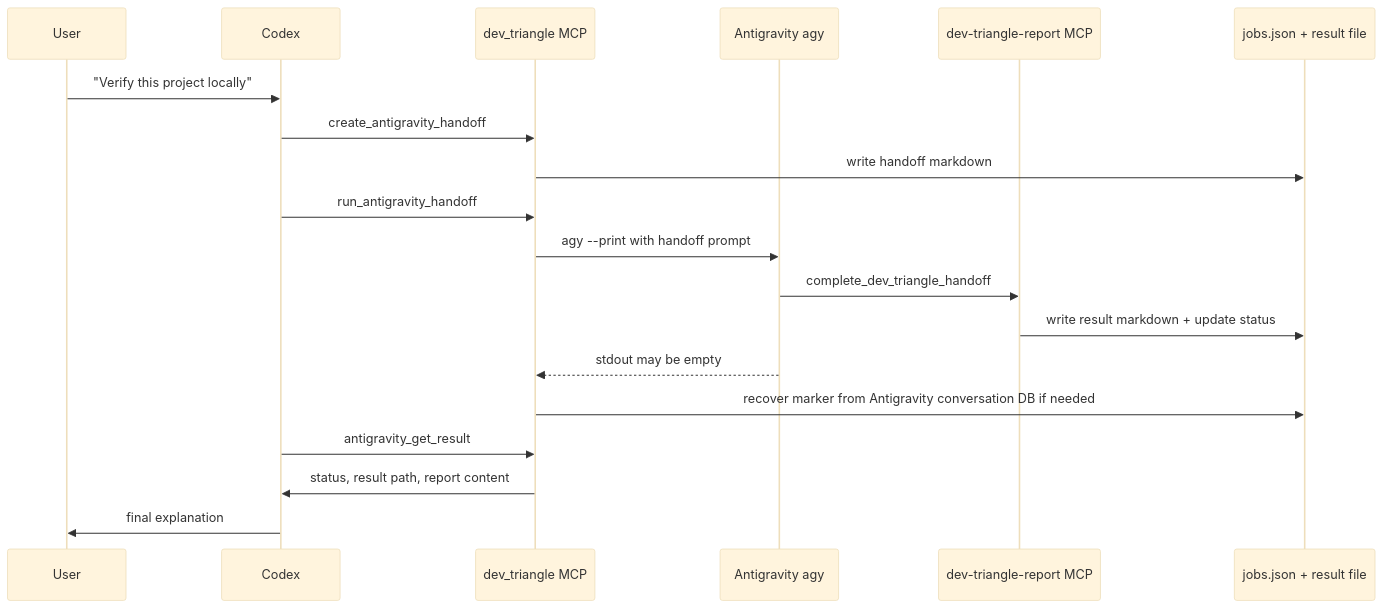
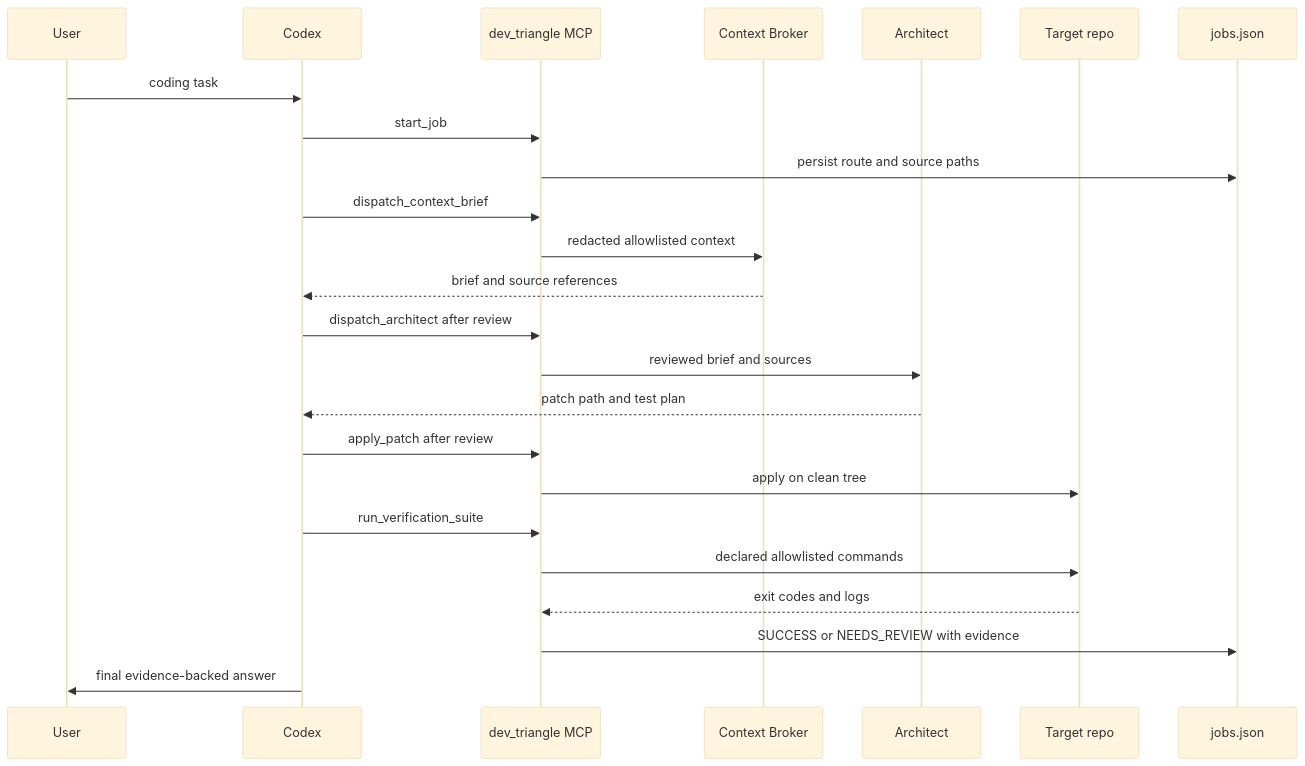
One commit to SpadesZ/dev-triangle-mcp changed the second of 2 diagrams in docs/USER_GUIDE.md. Above: the diagram before and after it, drawn with Mermaid (base theme). The commit also changed other lines of this file and 11 other files, not shown here.

````diff
--- a/docs/USER_GUIDE.md
+++ b/docs/USER_GUIDE.md
@@ -171,22 +205,27 @@
 ```mermaid
 sequenceDiagram
   participant User
   participant Codex
   participant MCP as dev_triangle MCP
-  participant AG as Antigravity agy
-  participant Report as dev-triangle-report MCP
-  participant Ledger as jobs.json + result file
+  participant Gemini as Context Broker
+  participant Claude as Architect
+  participant Repo as Target repo
+  participant Ledger as jobs.json
 
-  User->>Codex: "Verify this project locally"
-  Codex->>MCP: create_antigravity_handoff
-  MCP->>Ledger: write handoff markdown
-  Codex->>MCP: run_antigravity_handoff
-  MCP->>AG: agy --print with handoff prompt
-  AG->>Report: complete_dev_triangle_handoff
-  Report->>Ledger: write result markdown + update status
-  AG-->>MCP: stdout may be empty
-  MCP->>Ledger: recover marker from Antigravity conversation DB if needed
-  Codex->>MCP: antigravity_get_result
-  MCP->>Codex: status, result path, report content
-  Codex->>User: final explanation
+  User->>Codex: coding task
+  Codex->>MCP: start_job
+  MCP->>Ledger: persist route and source paths
+  Codex->>MCP: dispatch_context_brief
+  MCP->>Gemini: redacted allowlisted context
+  Gemini-->>Codex: brief and source references
+  Codex->>MCP: dispatch_architect after review
+  MCP->>Claude: reviewed brief and sources
+  Claude-->>Codex: patch path and test plan
+  Codex->>MCP: apply_patch after review
+  MCP->>Repo: apply on clean tree
+  Codex->>MCP: run_verification_suite
+  MCP->>Repo: declared allowlisted commands
+  Repo-->>MCP: exit codes and logs
+  MCP->>Ledger: SUCCESS or NEEDS_REVIEW with evidence
+  Codex->>User: final evidence-backed answer
 ```
````
